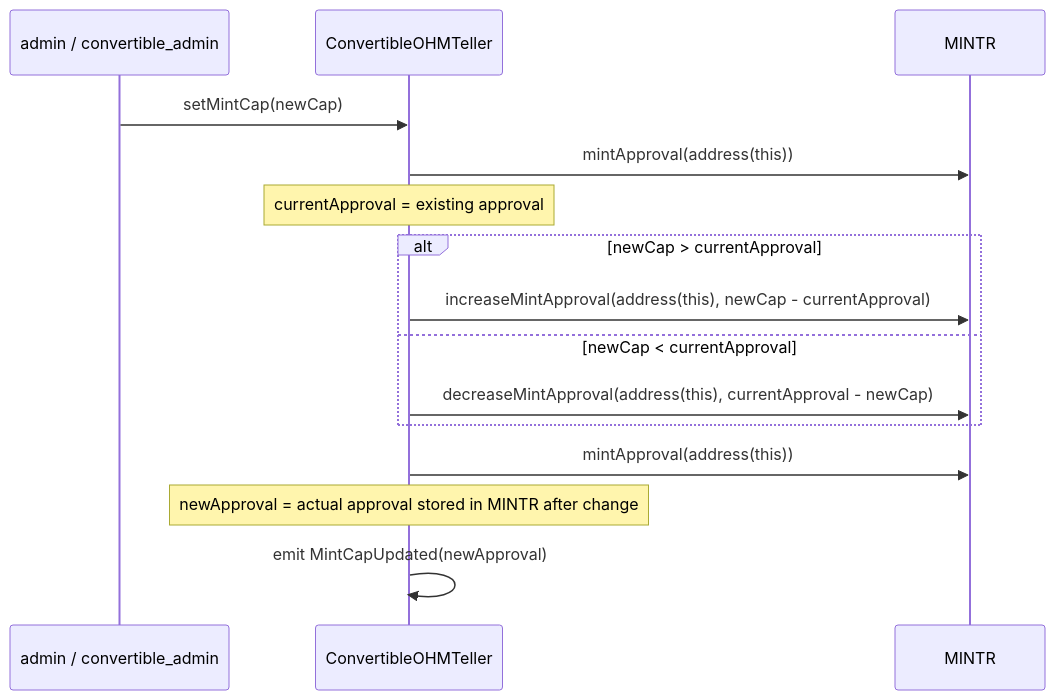
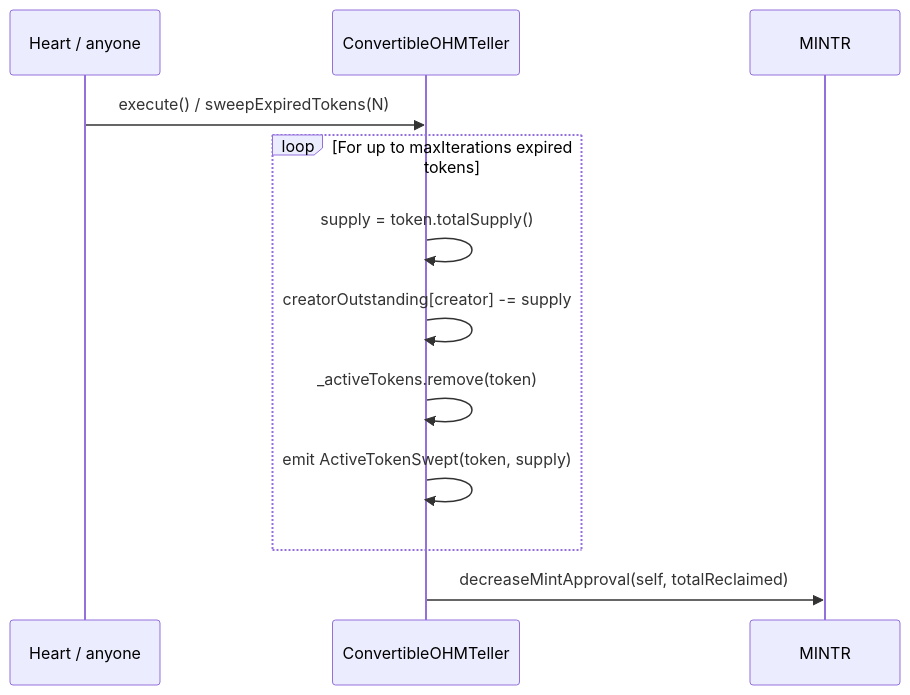
Before and after one commit to OlympusDAO/olympus-v3: the eighth of 8 diagrams in audit/2026-03_incentives/README.md, drawn with Mermaid. The commit also changed other lines of this file and 1 other file, not shown here.

````diff
--- a/audit/2026-03_incentives/README.md
+++ b/audit/2026-03_incentives/README.md
@@ -287,20 +320,15 @@
 ```mermaid
 sequenceDiagram
-    participant Admin as admin / convertible_admin
+    participant Caller as Heart / anyone
     participant Teller as ConvertibleOHMTeller
     participant MINTR
 
-    Admin->>Teller: setMintCap(newCap)
-    Teller->>MINTR: mintApproval(address(this))
-    Note over Teller: currentApproval = existing approval
-
-    alt newCap > currentApproval
-        Teller->>MINTR: increaseMintApproval(address(this), newCap - currentApproval)
-    else newCap < currentApproval
-        Teller->>MINTR: decreaseMintApproval(address(this), currentApproval - newCap)
+    Caller->>Teller: execute() / sweepExpiredTokens(N)
+    loop For up to maxIterations expired tokens
+        Teller->>Teller: supply = token.totalSupply()
+        Teller->>Teller: creatorOutstanding[creator] -= supply
+        Teller->>Teller: _activeTokens.remove(token)
+        Teller->>Teller: emit ActiveTokenSwept(token, supply)
     end
-
-    Teller->>MINTR: mintApproval(address(this))
-    Note over Teller: newApproval = actual approval stored in MINTR after change
-    Teller->>Teller: emit MintCapUpdated(newApproval)
+    Teller->>MINTR: decreaseMintApproval(self, totalReclaimed)
 ```
````
